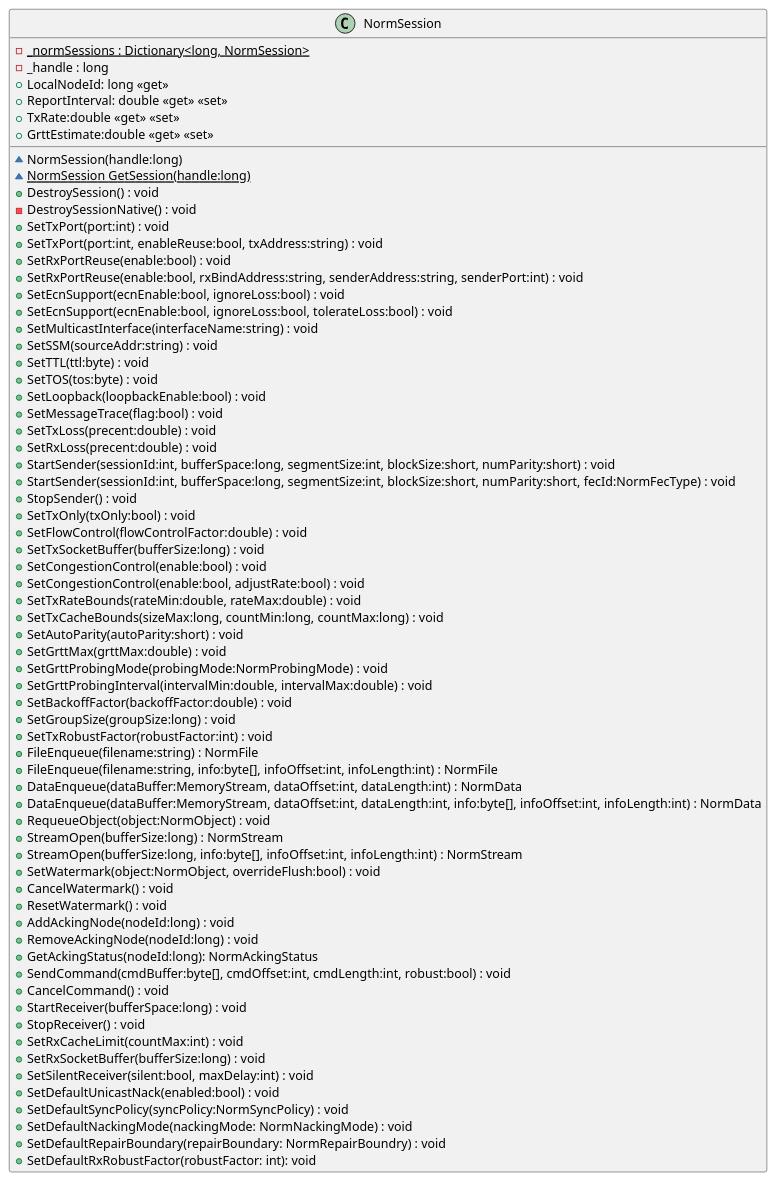
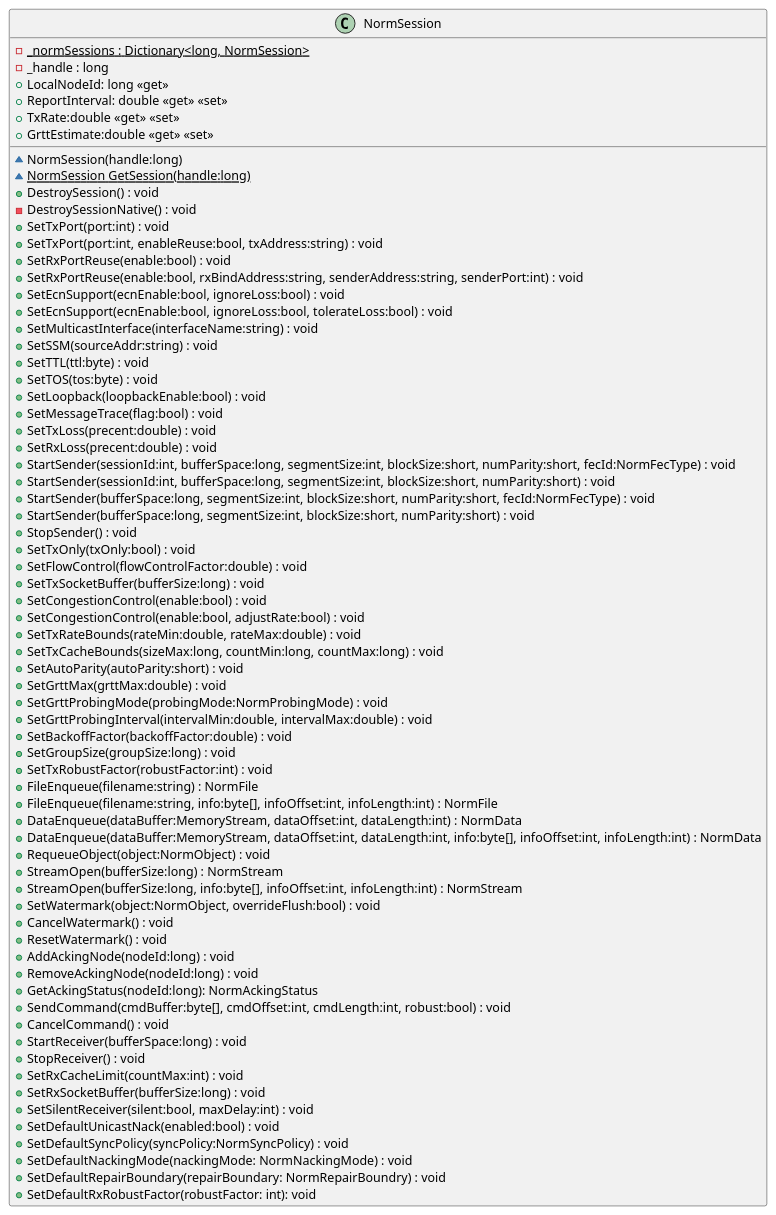
The diagram in src/dotnet/design/Mil/Navy/Nrl/Norm/NormSession.puml (mullerj/norm), drawn with PlantUML before and after one commit. The commit also changed 3 other files, not shown here.

```diff
--- a/src/dotnet/design/Mil/Navy/Nrl/Norm/NormSession.puml
+++ b/src/dotnet/design/Mil/Navy/Nrl/Norm/NormSession.puml
@@ -1,70 +1,72 @@
 @startuml
 class NormSession {
     {static} -_normSessions : Dictionary<long, NormSession>
     - _handle : long
     ~ NormSession(handle:long)
     {static} ~ NormSession GetSession(handle:long)
     + DestroySession() : void
     - DestroySessionNative() : void
     + LocalNodeId: long <<get>>
     + SetTxPort(port:int) : void
     + SetTxPort(port:int, enableReuse:bool, txAddress:string) : void
     + SetRxPortReuse(enable:bool) : void
     + SetRxPortReuse(enable:bool, rxBindAddress:string, senderAddress:string, senderPort:int) : void
     + SetEcnSupport(ecnEnable:bool, ignoreLoss:bool) : void
     + SetEcnSupport(ecnEnable:bool, ignoreLoss:bool, tolerateLoss:bool) : void
     + SetMulticastInterface(interfaceName:string) : void
     + SetSSM(sourceAddr:string) : void
     + SetTTL(ttl:byte) : void
     + SetTOS(tos:byte) : void
     + SetLoopback(loopbackEnable:bool) : void
     + SetMessageTrace(flag:bool) : void
     + SetTxLoss(precent:double) : void
     + SetRxLoss(precent:double) : void
     + ReportInterval: double <<get>> <<set>>
+    + StartSender(sessionId:int, bufferSpace:long, segmentSize:int, blockSize:short, numParity:short, fecId:NormFecType) : void
     + StartSender(sessionId:int, bufferSpace:long, segmentSize:int, blockSize:short, numParity:short) : void
-    + StartSender(sessionId:int, bufferSpace:long, segmentSize:int, blockSize:short, numParity:short, fecId:NormFecType) : void
+    + StartSender(bufferSpace:long, segmentSize:int, blockSize:short, numParity:short, fecId:NormFecType) : void
+    + StartSender(bufferSpace:long, segmentSize:int, blockSize:short, numParity:short) : void
     + StopSender() : void
     + SetTxOnly(txOnly:bool) : void
     + TxRate:double <<get>> <<set>>
     + SetFlowControl(flowControlFactor:double) : void
     + SetTxSocketBuffer(bufferSize:long) : void
     + SetCongestionControl(enable:bool) : void
     + SetCongestionControl(enable:bool, adjustRate:bool) : void
     + SetTxRateBounds(rateMin:double, rateMax:double) : void
     + SetTxCacheBounds(sizeMax:long, countMin:long, countMax:long) : void
     + SetAutoParity(autoParity:short) : void
     + GrttEstimate:double <<get>> <<set>>
     + SetGrttMax(grttMax:double) : void
     + SetGrttProbingMode(probingMode:NormProbingMode) : void
     + SetGrttProbingInterval(intervalMin:double, intervalMax:double) : void
     + SetBackoffFactor(backoffFactor:double) : void
     + SetGroupSize(groupSize:long) : void
     + SetTxRobustFactor(robustFactor:int) : void
     + FileEnqueue(filename:string) : NormFile
     + FileEnqueue(filename:string, info:byte[], infoOffset:int, infoLength:int) : NormFile
     + DataEnqueue(dataBuffer:MemoryStream, dataOffset:int, dataLength:int) : NormData
     + DataEnqueue(dataBuffer:MemoryStream, dataOffset:int, dataLength:int, info:byte[], infoOffset:int, infoLength:int) : NormData
     + RequeueObject(object:NormObject) : void
     + StreamOpen(bufferSize:long) : NormStream
     + StreamOpen(bufferSize:long, info:byte[], infoOffset:int, infoLength:int) : NormStream
     + SetWatermark(object:NormObject, overrideFlush:bool) : void
     + CancelWatermark() : void
     + ResetWatermark() : void
     + AddAckingNode(nodeId:long) : void
     + RemoveAckingNode(nodeId:long) : void
     + GetAckingStatus(nodeId:long): NormAckingStatus
     + SendCommand(cmdBuffer:byte[], cmdOffset:int, cmdLength:int, robust:bool) : void
     + CancelCommand() : void
     + StartReceiver(bufferSpace:long) : void
     + StopReceiver() : void
     + SetRxCacheLimit(countMax:int) : void
     + SetRxSocketBuffer(bufferSize:long) : void
     + SetSilentReceiver(silent:bool, maxDelay:int) : void
     + SetDefaultUnicastNack(enabled:bool) : void
     + SetDefaultSyncPolicy(syncPolicy:NormSyncPolicy) : void
     + SetDefaultNackingMode(nackingMode: NormNackingMode) : void
     + SetDefaultRepairBoundary(repairBoundary: NormRepairBoundry) : void
     + SetDefaultRxRobustFactor(robustFactor: int): void
 }
 @enduml
```
